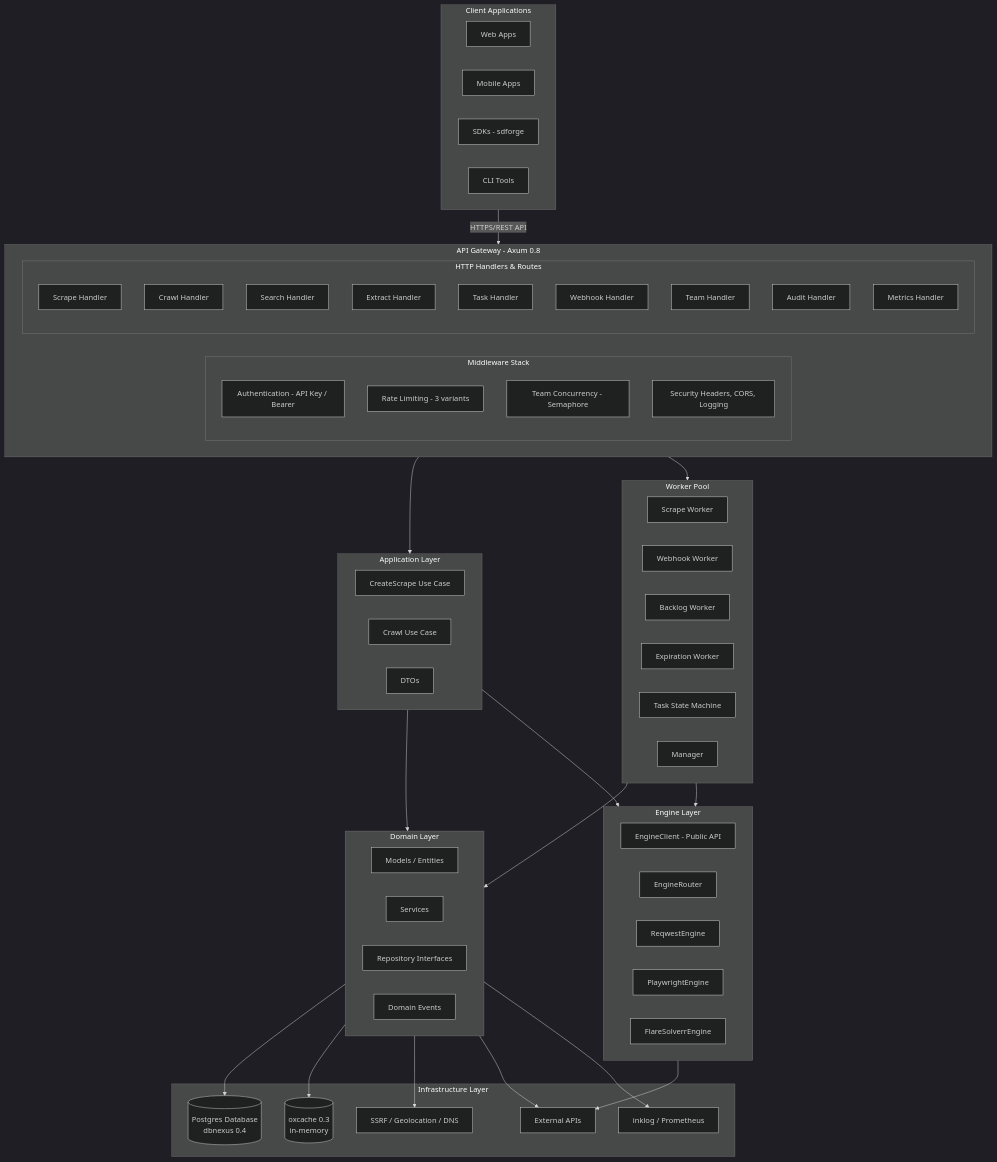
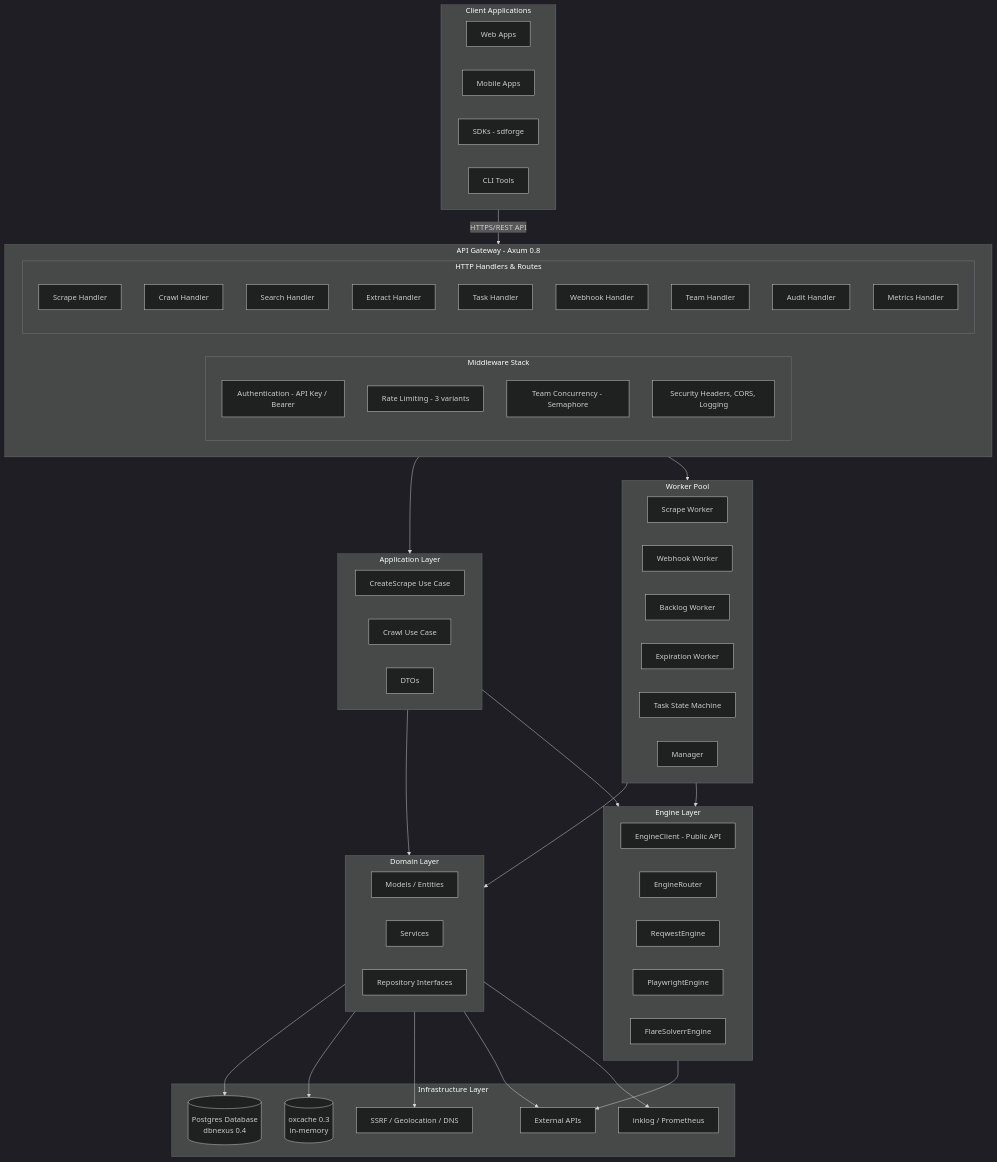
One commit to Kirky-X/crawlrs changed the first of 8 diagrams in docs/ARCHITECTURE.md. Above: the diagram before and after it, drawn with Mermaid (dark theme). The commit also changed other lines of this file, not shown here.

First line of the commit message:
docs(ARCHITECTURE): fix directory tree inconsistencies with actual code

````diff
--- a/docs/ARCHITECTURE.md
+++ b/docs/ARCHITECTURE.md
@@ -116,82 +116,81 @@
 ```mermaid
 flowchart TD
     subgraph Clients [Client Applications]
         C1[Web Apps]
         C2[Mobile Apps]
         C3[SDKs - sdforge]
         C4[CLI Tools]
     end
 
     subgraph API [API Gateway - Axum 0.8]
         subgraph Middleware [Middleware Stack]
             M1[Authentication - API Key / Bearer]
             M2[Rate Limiting - 3 variants]
             M3[Team Concurrency - Semaphore]
             M4[Security Headers, CORS, Logging]
         end
 
         subgraph Handlers [HTTP Handlers & Routes]
             H1[Scrape Handler]
             H2[Crawl Handler]
             H3[Search Handler]
             H4[Extract Handler]
             H5[Task Handler]
             H6[Webhook Handler]
             H7[Team Handler]
             H8[Audit Handler]
             H9[Metrics Handler]
         end
     end
 
     subgraph App [Application Layer]
         A1[CreateScrape Use Case]
         A2[Crawl Use Case]
         A3[DTOs]
     end
 
     subgraph Workers [Worker Pool]
         W1[Scrape Worker]
         W2[Webhook Worker]
         W3[Backlog Worker]
         W4[Expiration Worker]
         W5[Task State Machine]
         W6[Manager]
     end
 
     subgraph Domain [Domain Layer]
         D1[Models / Entities]
         D2[Services]
         D3[Repository Interfaces]
-        D4[Domain Events]
     end
 
     subgraph Engines [Engine Layer]
         E1[EngineClient - Public API]
         E2[EngineRouter]
         E3[ReqwestEngine]
         E4[PlaywrightEngine]
         E5[FlareSolverrEngine]
     end
 
     subgraph Infra [Infrastructure Layer]
         DB[(Postgres Database<br/>dbnexus 0.4)]
         RC[(oxcache 0.3<br/>in-memory)]
         EXT[External APIs]
         MON[inklog / Prometheus]
         SEC[SSRF / Geolocation / DNS]
     end
 
     Clients -->|"HTTPS/REST API"| API
     API --> App
     API --> Workers
     App --> Domain
     Workers --> Domain
     Domain --> DB
     Domain --> RC
     Domain --> SEC
     Domain --> EXT
     Domain --> MON
     App --> Engines
     Workers --> Engines
     Engines --> EXT
 ```
````
